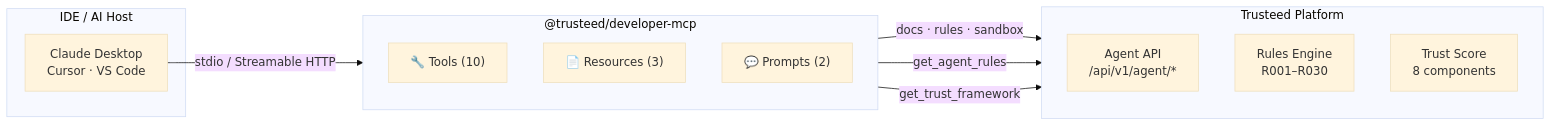
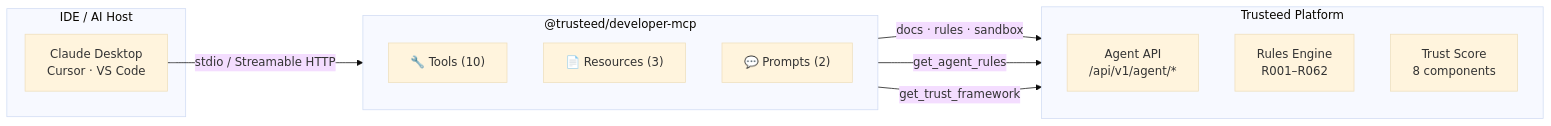
Before and after one commit to Trusteedxyz/trusteed-developer-mcp: the first of 3 diagrams in README.md, drawn with Mermaid (base theme). The commit also changed other lines of this file and 3 other files, not shown here.

````diff
--- a/README.md
+++ b/README.md
@@ -79,25 +79,25 @@
 ```mermaid
 flowchart LR
     subgraph IDE["IDE / AI Host"]
         CD["Claude Desktop\nCursor · VS Code"]
     end
 
     subgraph MCP["@trusteed/developer-mcp"]
         direction TB
         T1["🔧 Tools (10)"]
         R1["📄 Resources (3)"]
         P1["💬 Prompts (2)"]
     end
 
     subgraph API["Trusteed Platform"]
         direction TB
         AG["Agent API\n/api/v1/agent/*"]
-        RP["Rules Engine\nR001–R030"]
+        RP["Rules Engine\nR001–R062"]
         TS["Trust Score\n8 components"]
     end
 
     CD -- "stdio / Streamable HTTP" --> MCP
     T1 -- "docs · rules · sandbox" --> AG
     T1 -- "get_agent_rules" --> RP
     T1 -- "get_trust_framework" --> TS
 ```
````
